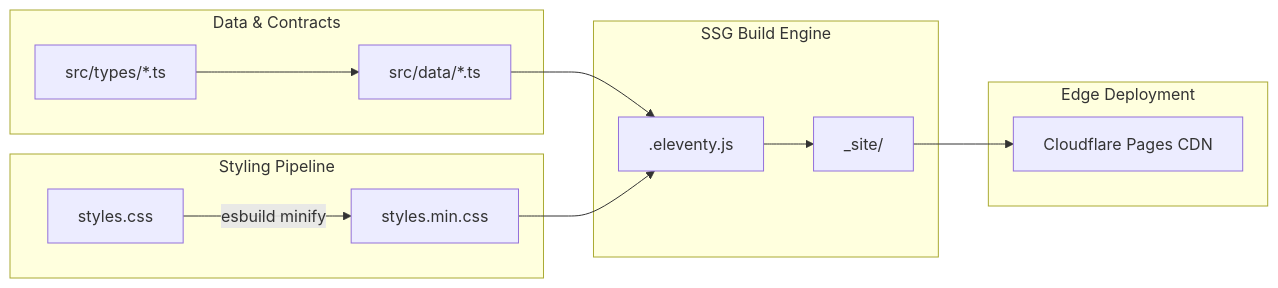
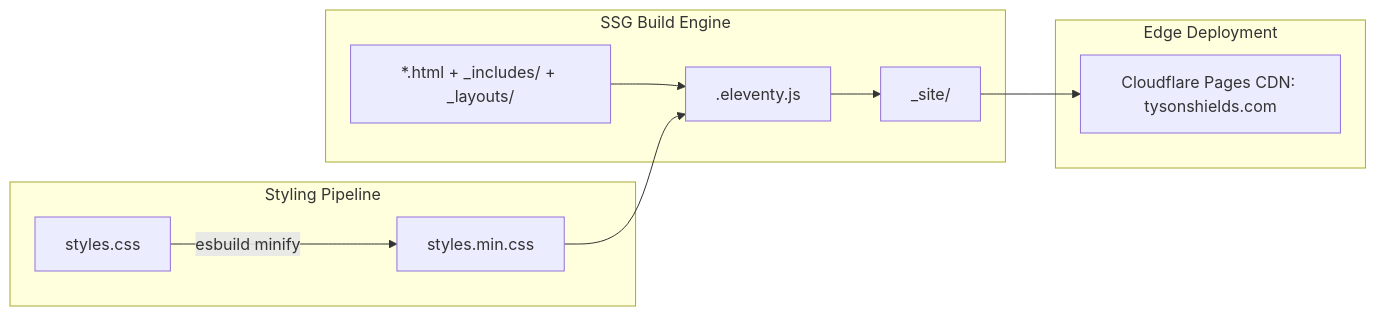
One commit to tysonshields00/Tyson-Shields-Personal-Website changed the diagram in docs/ARCHITECTURE.md. Above: the diagram before and after it, drawn with Mermaid. The commit also changed other lines of this file and 73 other files, not shown here.

Commit message:
docs: add agent guidelines and architecture documentation while cleaning up configuration files

````diff
--- a/docs/ARCHITECTURE.md
+++ b/docs/ARCHITECTURE.md
@@ -67,20 +63,16 @@
 ```mermaid
 graph LR
-    subgraph Data & Contracts
-        Types[src/types/*.ts] --> Data[src/data/*.ts]
-    end
-    
     subgraph Styling Pipeline
         Styles[styles.css] -->|esbuild minify| MinStyles[styles.min.css]
     end
 
     subgraph SSG Build Engine
-        Data --> Eleventy[.eleventy.js]
+        Templates[*.html + _includes/ + _layouts/] --> Eleventy[.eleventy.js]
         MinStyles --> Eleventy
         Eleventy --> SiteDir[_site/]
     end
 
     subgraph Edge Deployment
-        SiteDir --> CFPages[Cloudflare Pages CDN]
+        SiteDir --> CFPages[Cloudflare Pages CDN: tysonshields.com]
     end
 ```
````
